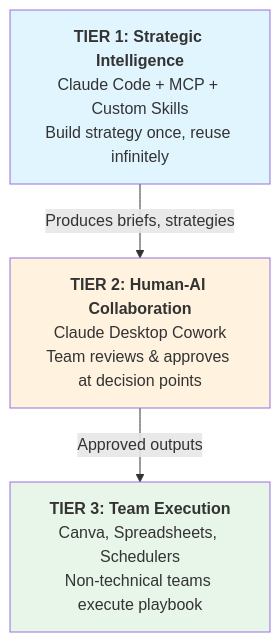
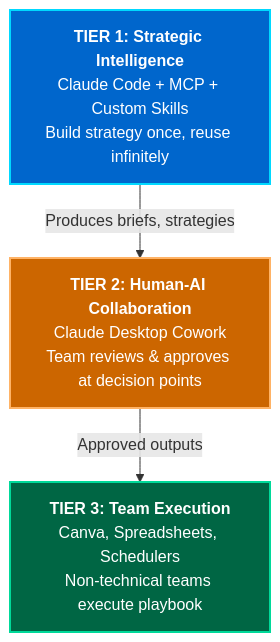
The first of 4 diagrams in README.md (shireen168/marketing-os), drawn with Mermaid before and after one commit. The commit also changed other lines of this file, not shown here.

First line of the commit message:
fix: improve Mermaid diagram contrast for dark mode

````diff
--- a/README.md
+++ b/README.md
@@ -66,13 +66,13 @@
 ```mermaid
 graph TD
     A["<b>TIER 1: Strategic Intelligence</b><br/>Claude Code + MCP + Custom Skills<br/>Build strategy once, reuse infinitely"] 
     B["<b>TIER 2: Human-AI Collaboration</b><br/>Claude Desktop Cowork<br/>Team reviews & approves at decision points"]
     C["<b>TIER 3: Team Execution</b><br/>Canva, Spreadsheets, Schedulers<br/>Non-technical teams execute playbook"]
     
     A -->|Produces briefs, strategies| B
     B -->|Approved outputs| C
     
-    style A fill:#e1f5ff
-    style B fill:#fff3e0
-    style C fill:#e8f5e9
+    style A fill:#0066cc,stroke:#00d9ff,color:#ffffff,stroke-width:2px
+    style B fill:#cc6600,stroke:#ffb366,color:#ffffff,stroke-width:2px
+    style C fill:#006644,stroke:#00d999,color:#ffffff,stroke-width:2px
 ```
````
